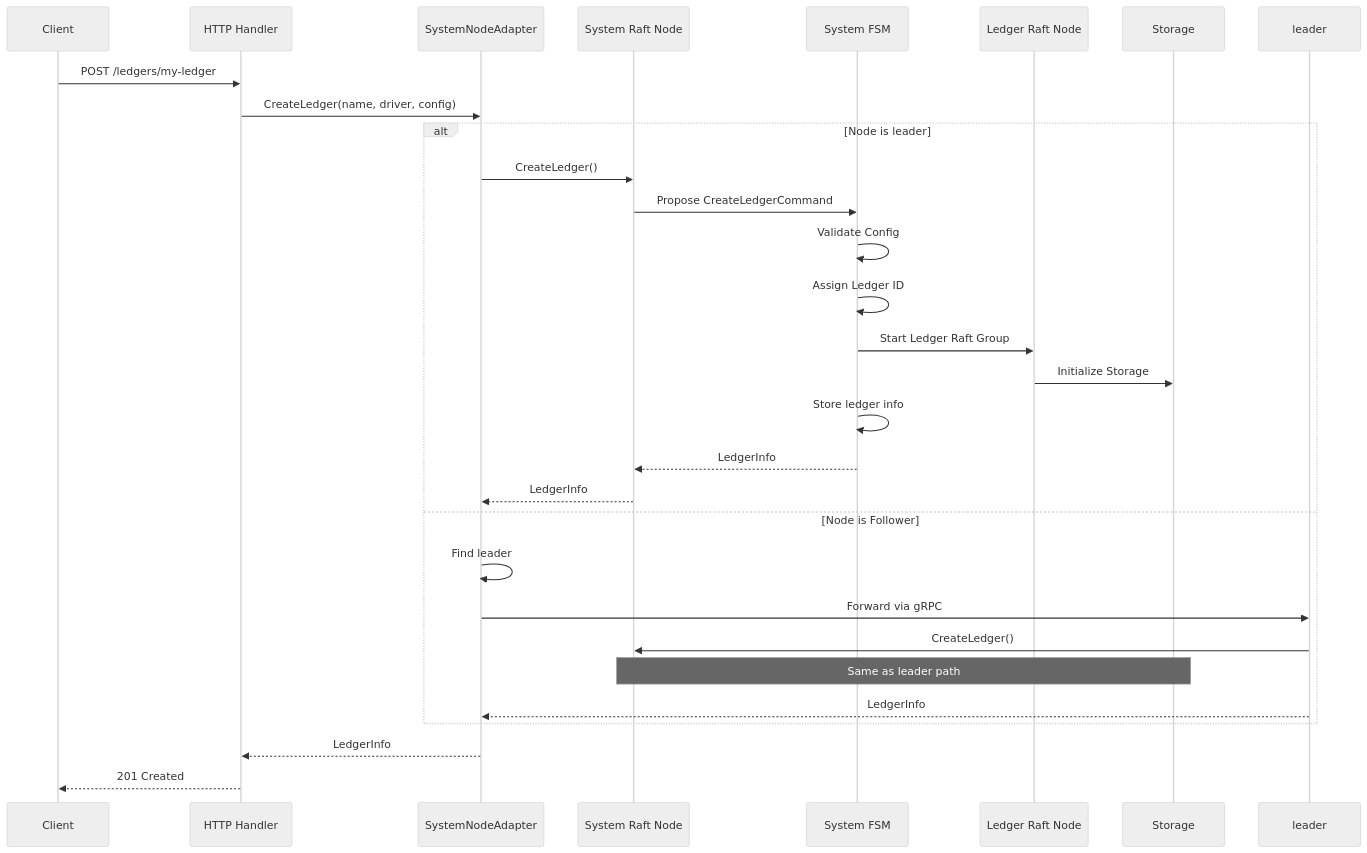
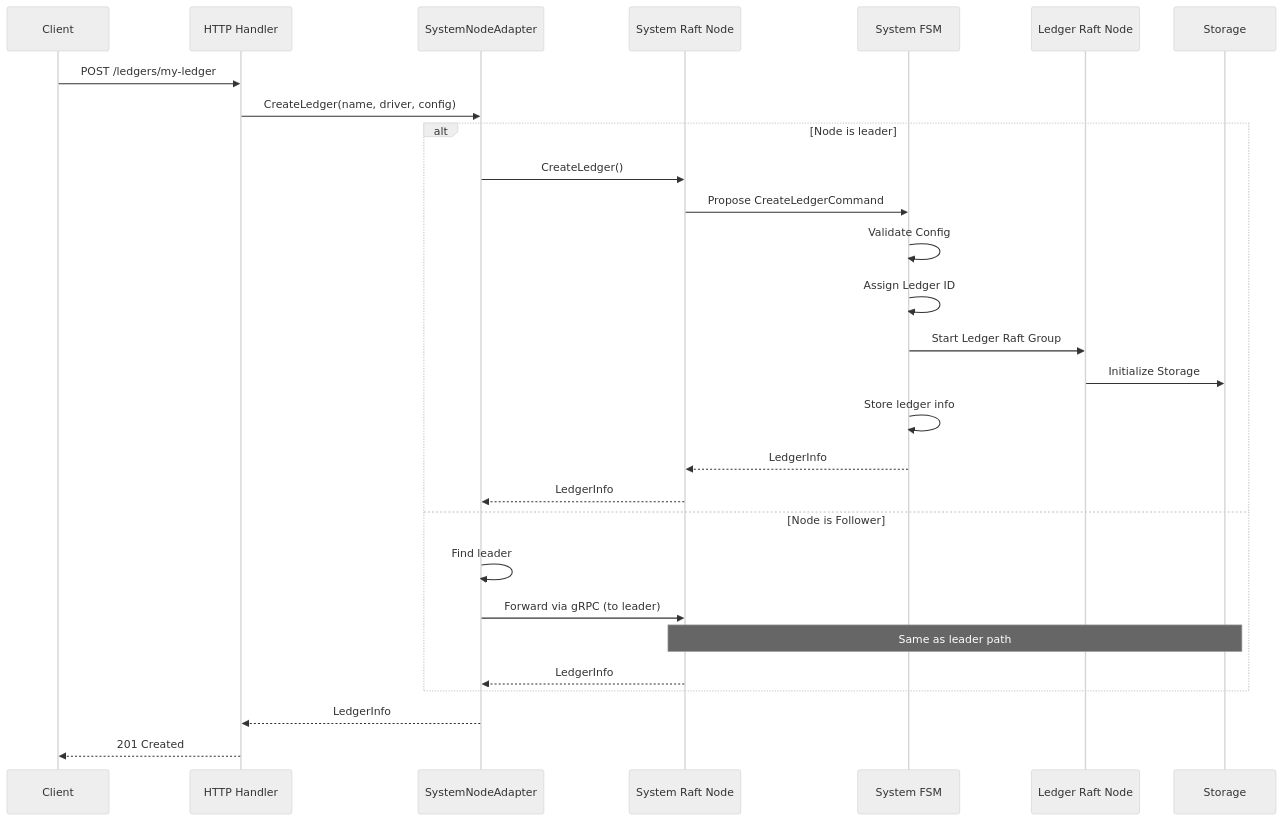
One commit to formancehq/ledger changed the first of 7 diagrams in docs/data-flows.md. Above: the diagram before and after it, drawn with Mermaid (neutral theme). The commit also changed other lines of this file and 13 other files, not shown here.

````diff
--- a/docs/data-flows.md
+++ b/docs/data-flows.md
@@ -13,34 +13,33 @@
 ```mermaid
 sequenceDiagram
     participant Client
     participant HTTP as HTTP Handler
     participant Adapter as SystemNodeAdapter
     participant SystemNode as System Raft Node
     participant SystemFSM as System FSM
     participant LedgerNode as Ledger Raft Node
     participant Storage as Storage
     
     Client->>HTTP: POST /ledgers/my-ledger
     HTTP->>Adapter: CreateLedger(name, driver, config)
     
     alt Node is leader
         Adapter->>SystemNode: CreateLedger()
         SystemNode->>SystemFSM: Propose CreateLedgerCommand
         SystemFSM->>SystemFSM: Validate Config
         SystemFSM->>SystemFSM: Assign Ledger ID
         SystemFSM->>LedgerNode: Start Ledger Raft Group
         LedgerNode->>Storage: Initialize Storage
         SystemFSM->>SystemFSM: Store ledger info
         SystemFSM-->>SystemNode: LedgerInfo
         SystemNode-->>Adapter: LedgerInfo
     else Node is Follower
         Adapter->>Adapter: Find leader
-        Adapter->>leader: Forward via gRPC
-        leader->>SystemNode: CreateLedger()
+        Adapter->>SystemNode: Forward via gRPC (to leader)
         Note over SystemNode,Storage: Same as leader path
-        leader-->>Adapter: LedgerInfo
+        SystemNode-->>Adapter: LedgerInfo
     end
     
     Adapter-->>HTTP: LedgerInfo
     HTTP-->>Client: 201 Created
 ```
````
